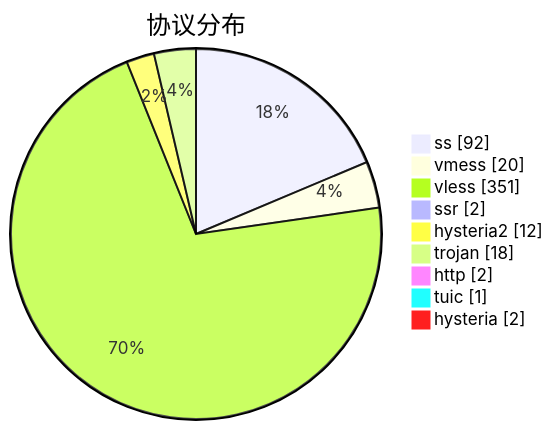
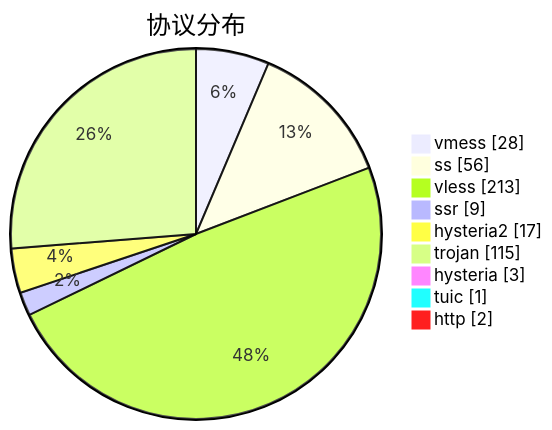
The third of 3 diagrams in subs/statistics/tested_within.md (sinspired/airport), drawn with Mermaid before and after one commit. The commit also changed other lines of this file and 2 other files, not shown here.

````diff
--- a/subs/statistics/tested_within.md
+++ b/subs/statistics/tested_within.md
@@ -43,13 +46,13 @@
 ```mermaid
 pie showData
 title 协议分布
-"ss" : 92
-"vmess" : 20
-"vless" : 351
-"ssr" : 2
-"hysteria2" : 12
-"trojan" : 18
+"vmess" : 28
+"ss" : 56
+"vless" : 213
+"ssr" : 9
+"hysteria2" : 17
+"trojan" : 115
+"hysteria" : 3
+"tuic" : 1
 "http" : 2
-"tuic" : 1
-"hysteria" : 2
 ```
````
